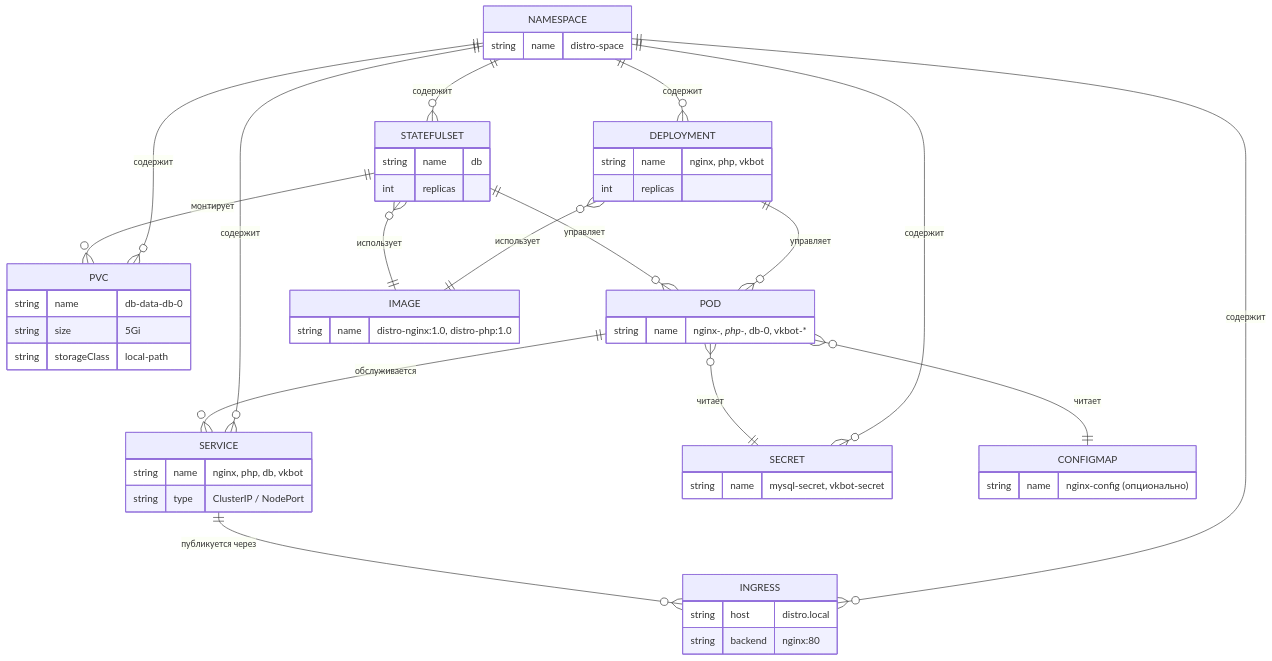
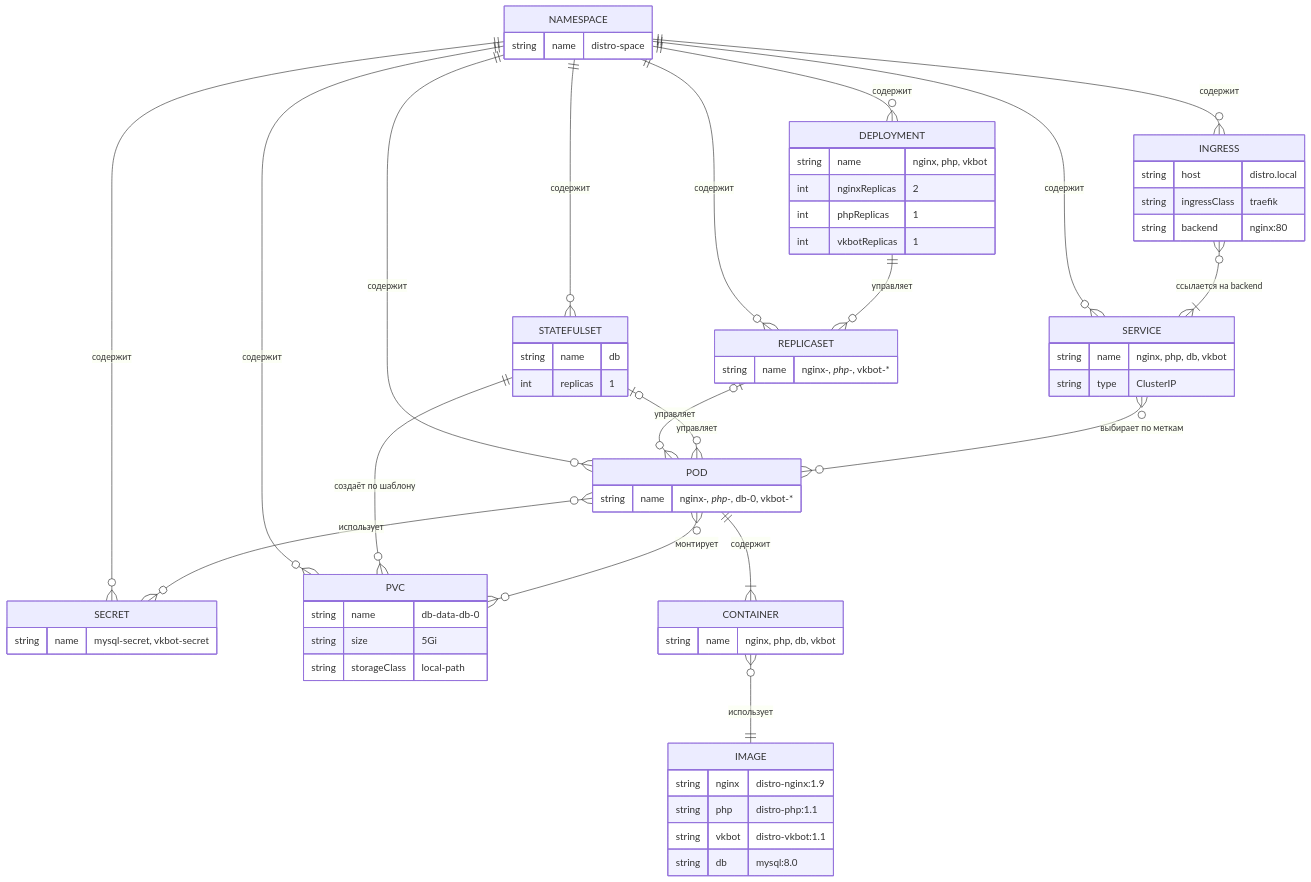
The diagram in README.md (lootnick266-lgtm/Distro-space), drawn with Mermaid before and after one commit. The commit also changed other lines of this file, not shown here.

Commit message:
upd: manual

````diff
--- a/README.md
+++ b/README.md
@@ -163,57 +166,69 @@
 ```mermaid
 erDiagram
     NAMESPACE ||--o{ DEPLOYMENT : "содержит"
+    NAMESPACE ||--o{ REPLICASET : "содержит"
     NAMESPACE ||--o{ STATEFULSET : "содержит"
+    NAMESPACE ||--o{ POD : "содержит"
     NAMESPACE ||--o{ SERVICE : "содержит"
     NAMESPACE ||--o{ INGRESS : "содержит"
     NAMESPACE ||--o{ SECRET : "содержит"
     NAMESPACE ||--o{ PVC : "содержит"
 
-    DEPLOYMENT ||--o{ POD : "управляет"
-    STATEFULSET ||--o{ POD : "управляет"
-    DEPLOYMENT }o--|| IMAGE : "использует"
-    STATEFULSET }o--|| IMAGE : "использует"
+    DEPLOYMENT ||--o{ REPLICASET : "управляет"
+    REPLICASET |o--o{ POD : "управляет"
+    STATEFULSET |o--o{ POD : "управляет"
+    POD ||--|{ CONTAINER : "содержит"
+    CONTAINER }o--|| IMAGE : "использует"
 
-    POD ||--o{ SERVICE : "обслуживается"
-    SERVICE ||--o{ INGRESS : "публикуется через"
-    STATEFULSET ||--o{ PVC : "монтирует"
-    POD }o--|| SECRET : "читает"
-    POD }o--|| CONFIGMAP : "читает"
+    SERVICE }o--o{ POD : "выбирает по меткам"
+    INGRESS }o--|{ SERVICE : "ссылается на backend"
+    STATEFULSET ||--o{ PVC : "создаёт по шаблону"
+    POD }o--o{ PVC : "монтирует"
+    POD }o--o{ SECRET : "использует"
 
     NAMESPACE {
         string name "distro-space"
     }
     DEPLOYMENT {
         string name "nginx, php, vkbot"
-        int replicas
+        int nginxReplicas "2"
+        int phpReplicas "1"
+        int vkbotReplicas "1"
+    }
+    REPLICASET {
+        string name "nginx-*, php-*, vkbot-*"
     }
     STATEFULSET {
         string name "db"
-        int replicas
+        int replicas "1"
+    }
+    POD {
+        string name "nginx-*, php-*, db-0, vkbot-*"
+    }
+    CONTAINER {
+        string name "nginx, php, db, vkbot"
     }
     SERVICE {
         string name "nginx, php, db, vkbot"
-        string type "ClusterIP / NodePort"
+        string type "ClusterIP"
     }
     INGRESS {
         string host "distro.local"
+        string ingressClass "traefik"
         string backend "nginx:80"
     }
     SECRET {
         string name "mysql-secret, vkbot-secret"
-    }
-    CONFIGMAP {
-        string name "nginx-config (опционально)"
     }
     PVC {
         string name "db-data-db-0"
         string size "5Gi"
         string storageClass "local-path"
     }
-    POD {
-        string name "nginx-*, php-*, db-0, vkbot-*"
-    }
     IMAGE {
-        string name "distro-nginx:1.0, distro-php:1.0"
+        string nginx "distro-nginx:1.9"
+        string php "distro-php:1.1"
+        string vkbot "distro-vkbot:1.1"
+        string db "mysql:8.0"
     }
 ```
````
